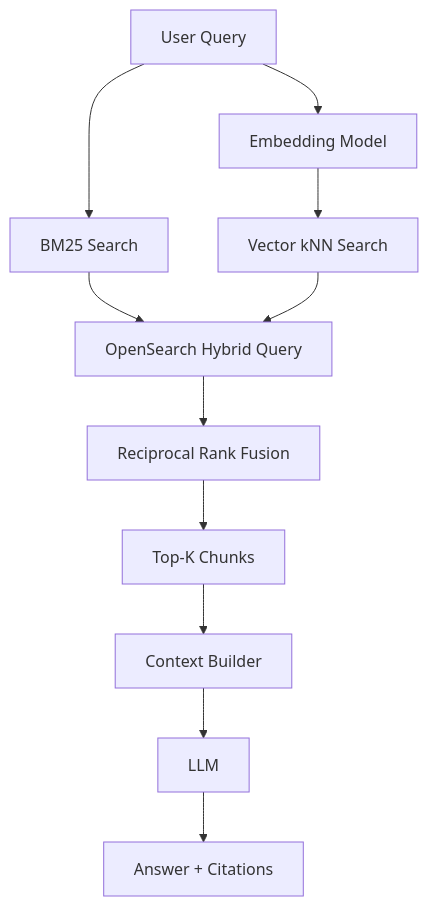
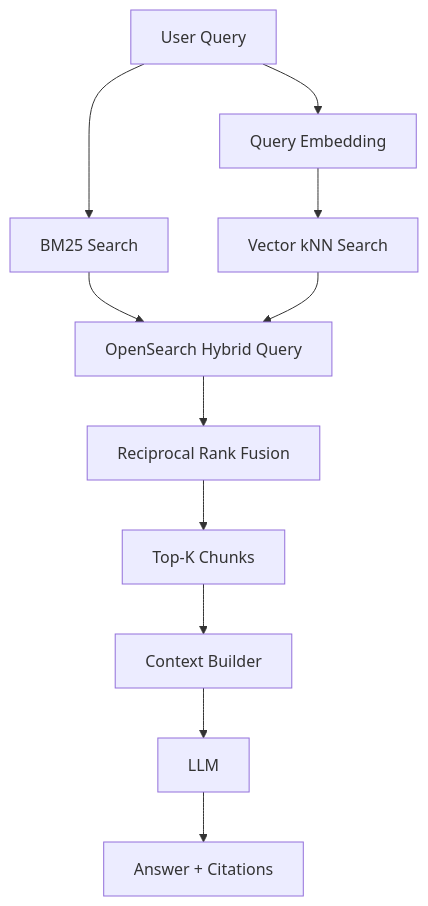
The second of 5 diagrams in README.md (Yzeeyd/Enterprise-AI-Support-Engineer-Copilot), drawn with Mermaid before and after one commit. The commit also changed other lines of this file, not shown here.

````diff
--- a/README.md
+++ b/README.md
@@ -65,33 +80,33 @@
 ```mermaid
 flowchart TD
 
     Query[User Query]
 
-    Embed[Embedding Model]
-
     BM25[BM25 Search]
+    Embed[Query Embedding]
     Vector[Vector kNN Search]
 
     Hybrid[OpenSearch Hybrid Query]
     RRF[Reciprocal Rank Fusion]
 
     TopK[Top-K Chunks]
     Context[Context Builder]
     LLM[LLM]
     Answer[Answer + Citations]
 
     Query --> BM25
 
     Query --> Embed
     Embed --> Vector
 
     BM25 --> Hybrid
     Vector --> Hybrid
 
     Hybrid --> RRF
 
     RRF --> TopK
     TopK --> Context
+
     Context --> LLM
     LLM --> Answer
 ```
````
